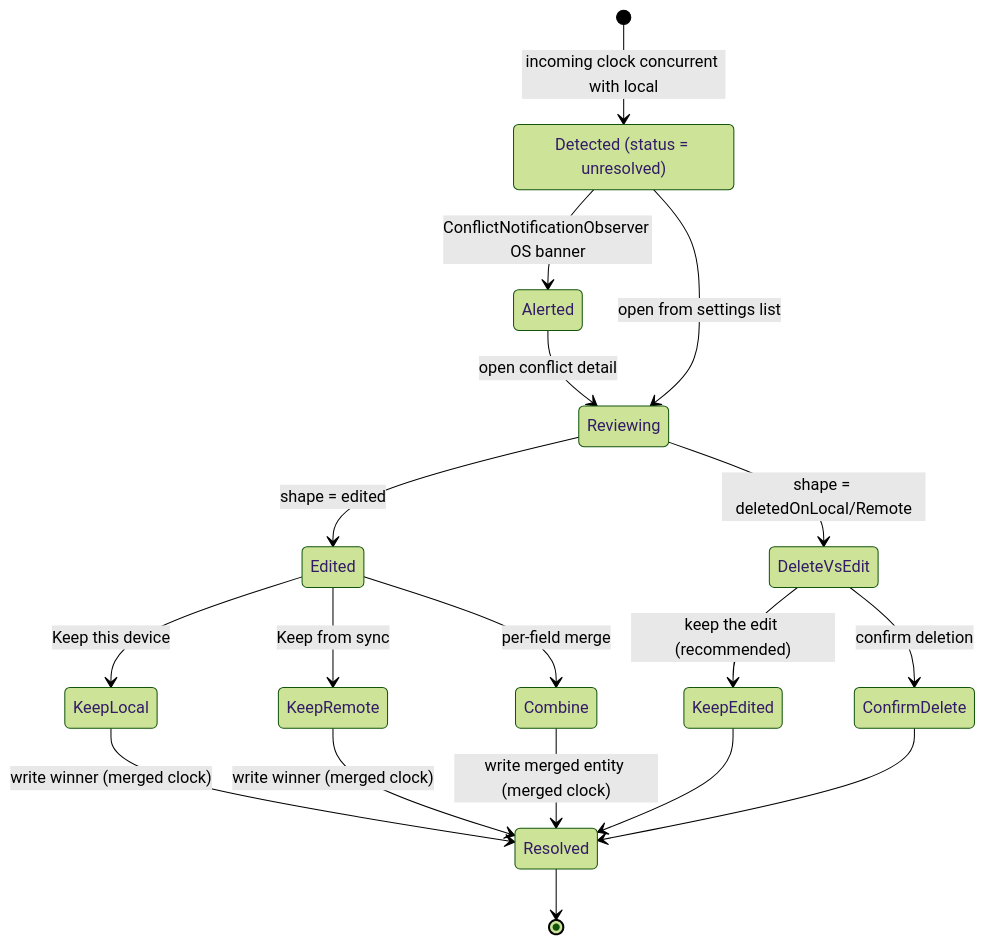
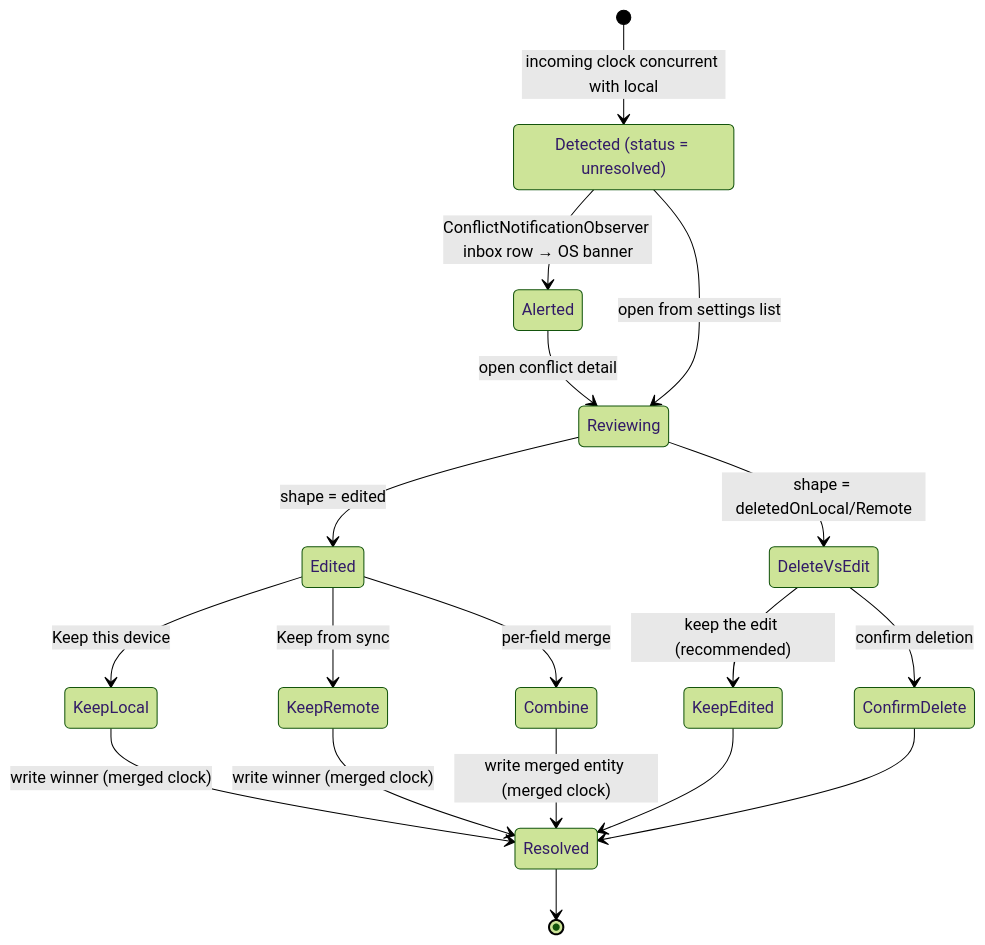
One commit to matthiasn/lotti changed the first of 2 diagrams in knowledge/features/sync/vector-clocks-and-conflicts.md. Above: the diagram before and after it, drawn with Mermaid (forest theme). The commit also changed other lines of this file and 23 other files, not shown here.

````diff
--- a/knowledge/features/sync/vector-clocks-and-conflicts.md
+++ b/knowledge/features/sync/vector-clocks-and-conflicts.md
@@ -177,21 +177,21 @@
 ```mermaid
 stateDiagram-v2
     [*] --> Detected: incoming clock concurrent with local
     Detected: Detected (status = unresolved)
-    Detected --> Alerted: ConflictNotificationObserver OS banner
+    Detected --> Alerted: ConflictNotificationObserver inbox row → OS banner
     Alerted --> Reviewing: open conflict detail
     Detected --> Reviewing: open from settings list
     Reviewing --> Edited: shape = edited
     Reviewing --> DeleteVsEdit: shape = deletedOnLocal/Remote
     Edited --> KeepLocal: Keep this device
     Edited --> KeepRemote: Keep from sync
     Edited --> Combine: per-field merge
     DeleteVsEdit --> KeepEdited: keep the edit (recommended)
     DeleteVsEdit --> ConfirmDelete: confirm deletion
     KeepLocal --> Resolved: write winner (merged clock)
     KeepRemote --> Resolved: write winner (merged clock)
     Combine --> Resolved: write merged entity (merged clock)
     KeepEdited --> Resolved
     ConfirmDelete --> Resolved
     Resolved --> [*]
 ```
````
